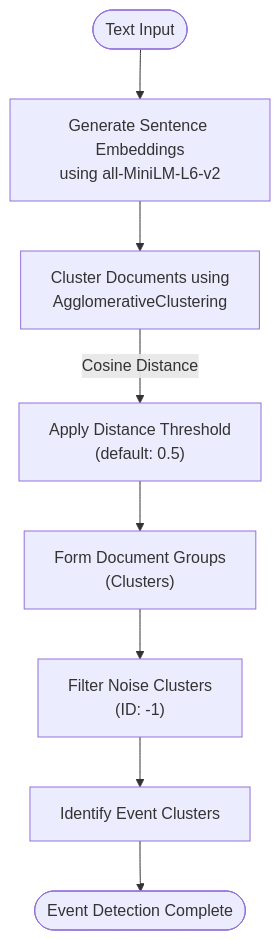
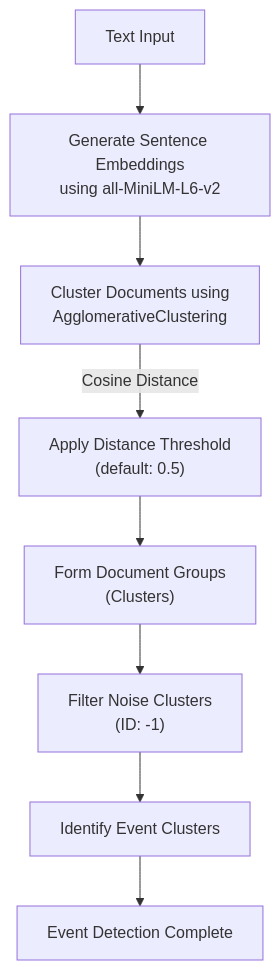
One commit to Likhithsai2580/RAVANA-WIKI changed the second of 5 diagrams in docs/Specialized Modules/Event Detection.md. Above: the diagram before and after it, drawn with Mermaid. The commit also changed other lines of this file and 52 other files, not shown here.

First line of the commit message:
chore(docs): update documentation content, fix Mermaid diagrams, and enhance README

````diff
--- a/docs/Specialized Modules/Event Detection.md
+++ b/docs/Specialized Modules/Event Detection.md
@@ -70,10 +70,10 @@
 ```mermaid
 flowchart TD
-Start([Text Input]) --> Embedding["Generate Sentence Embeddings<br/>using all-MiniLM-L6-v2"]
+Start["Text Input"] --> Embedding["Generate Sentence Embeddings<br/>using all-MiniLM-L6-v2"]
 Embedding --> Clustering["Cluster Documents using<br/>AgglomerativeClustering"]
 Clustering --> |Cosine Distance| Threshold["Apply Distance Threshold<br/>(default: 0.5)"]
 Threshold --> Groups["Form Document Groups<br/>(Clusters)"]
 Groups --> Filter["Filter Noise Clusters<br/>(ID: -1)"]
 Filter --> Output["Identify Event Clusters"]
-Output --> End([Event Detection Complete])
+Output --> End["Event Detection Complete"]
 ```
````
